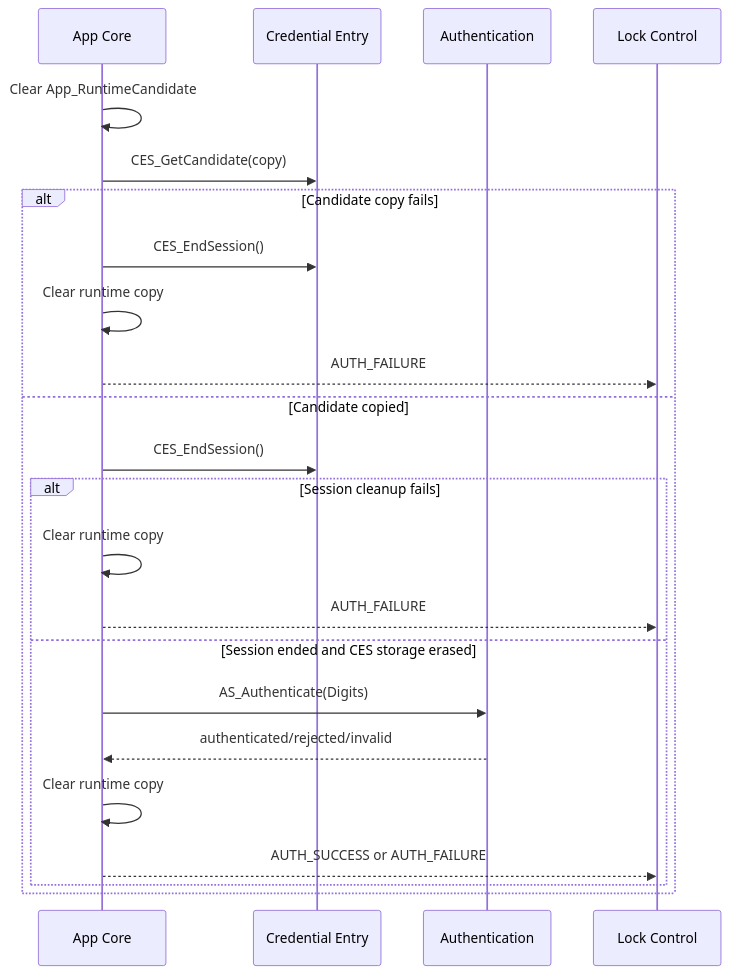
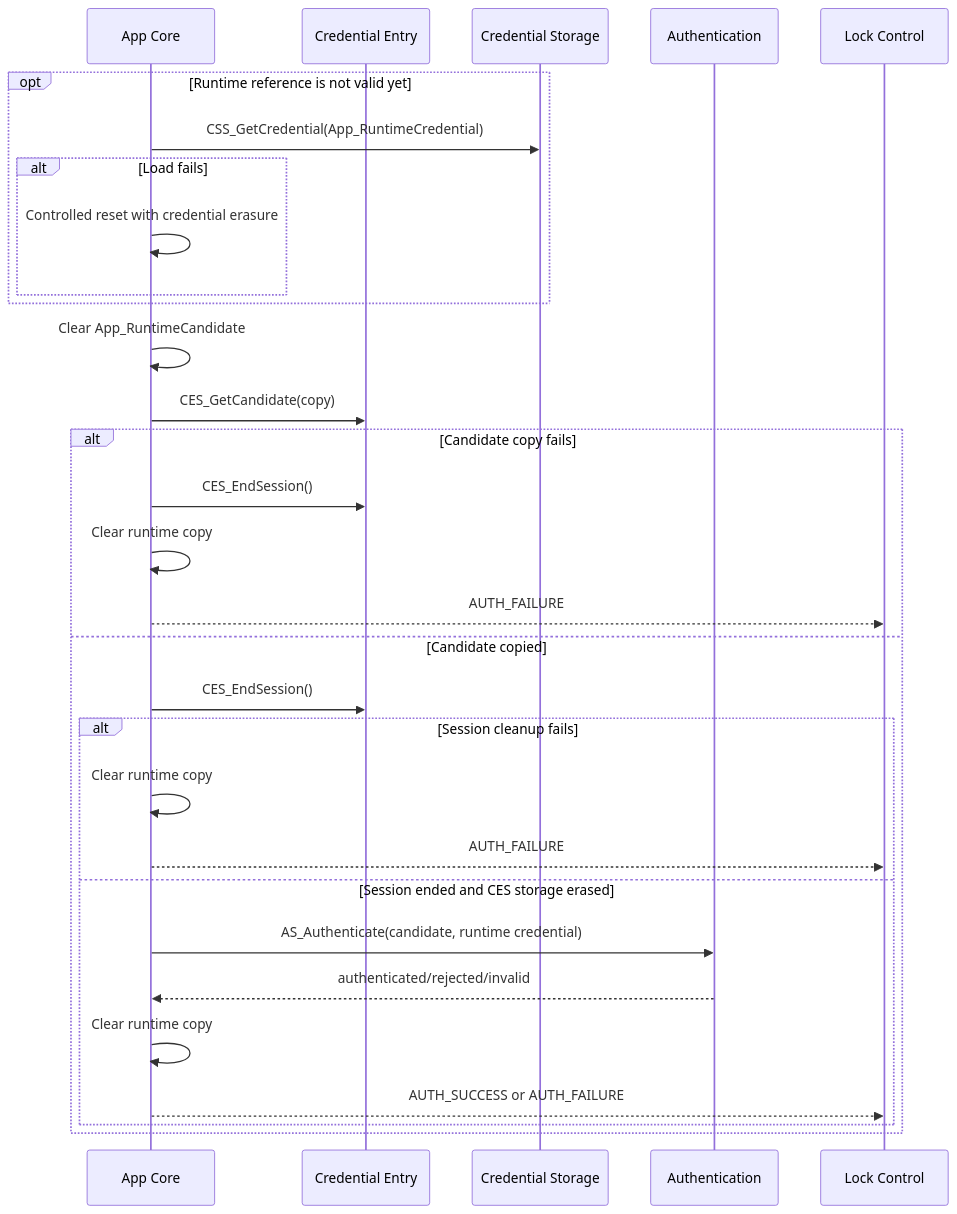
One commit to JP-REY/STM32F103C8T6-Based-Electronic-Lock changed the fifth of 6 diagrams in App/Core/README.md. Above: the diagram before and after it, drawn with Mermaid. The commit also changed other lines of this file and 2 other files, not shown here.

First line of the commit message:
feature(app-core): integrate credential registration workflow

````diff
--- a/App/Core/README.md
+++ b/App/Core/README.md
@@ -1086,26 +1159,33 @@
 ```mermaid
 sequenceDiagram
     participant App as App Core
     participant CES as Credential Entry
+    participant CSS as Credential Storage
     participant AS as Authentication
     participant LCS as Lock Control
 
+    opt Runtime reference is not valid yet
+        App->>CSS: CSS_GetCredential(App_RuntimeCredential)
+        alt Load fails
+            App->>App: Controlled reset with credential erasure
+        end
+    end
     App->>App: Clear App_RuntimeCandidate
     App->>CES: CES_GetCandidate(copy)
     alt Candidate copy fails
         App->>CES: CES_EndSession()
         App->>App: Clear runtime copy
         App-->>LCS: AUTH_FAILURE
     else Candidate copied
         App->>CES: CES_EndSession()
         alt Session cleanup fails
             App->>App: Clear runtime copy
             App-->>LCS: AUTH_FAILURE
         else Session ended and CES storage erased
-            App->>AS: AS_Authenticate(Digits)
+            App->>AS: AS_Authenticate(candidate, runtime credential)
             AS-->>App: authenticated/rejected/invalid
             App->>App: Clear runtime copy
             App-->>LCS: AUTH_SUCCESS or AUTH_FAILURE
         end
     end
 ```
````
